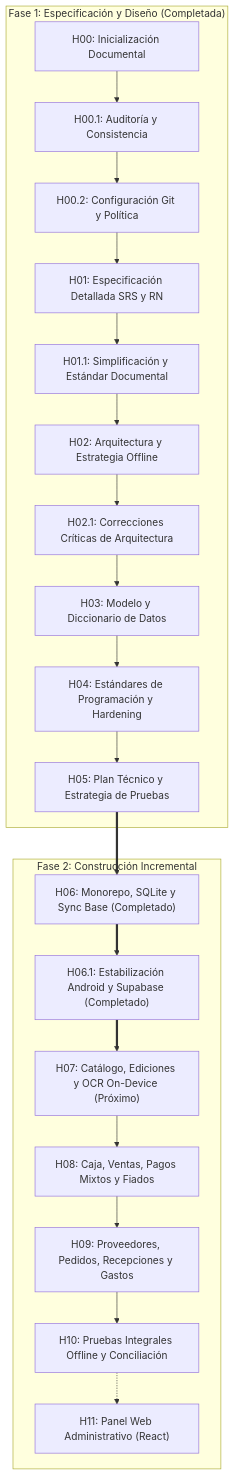
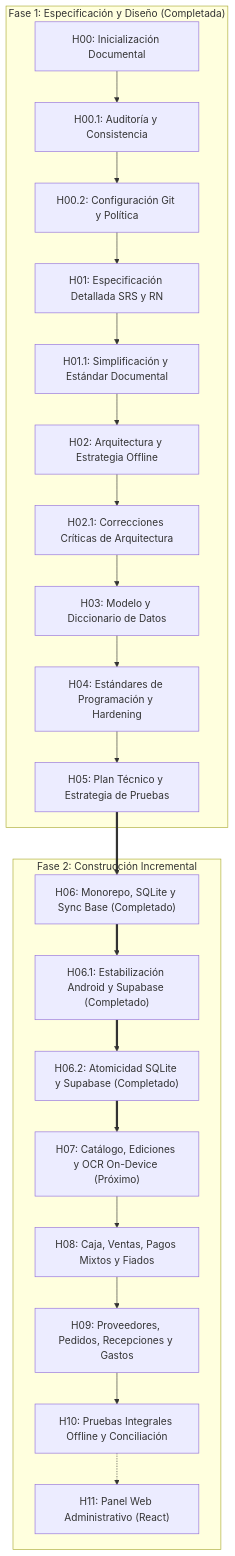
The diagram in docs/05-planificacion/PLAN_DESARROLLO.md (JMedina255/Proyecto_tienda), drawn with Mermaid before and after one commit. The commit also changed other lines of this file and 14 other files, not shown here.

Commit message:
fix(h06.2): atomicidad sqlite y preparacion supabase

````diff
--- a/docs/05-planificacion/PLAN_DESARROLLO.md
+++ b/docs/05-planificacion/PLAN_DESARROLLO.md
@@ -17,24 +17,25 @@
 ```mermaid
 flowchart TD
     subgraph Fase_Diseno["Fase 1: Especificación y Diseño (Completada)"]
         H00["H00: Inicialización Documental"] --> H00_1["H00.1: Auditoría y Consistencia"]
         H00_1 --> H00_2["H00.2: Configuración Git y Política"]
         H00_2 --> H01["H01: Especificación Detallada SRS y RN"]
         H01 --> H01_1["H01.1: Simplificación y Estándar Documental"]
         H01_1 --> H02["H02: Arquitectura y Estrategia Offline"]
         H02 --> H02_1["H02.1: Correcciones Críticas de Arquitectura"]
         H02_1 --> H03["H03: Modelo y Diccionario de Datos"]
         H03 --> H04["H04: Estándares de Programación y Hardening"]
         H04 --> H05["H05: Plan Técnico y Estrategia de Pruebas"]
     end
 
     subgraph Fase_Construccion["Fase 2: Construcción Incremental"]
         H05 ==> H06["H06: Monorepo, SQLite y Sync Base (Completado)"]
         H06 ==> H06_1["H06.1: Estabilización Android y Supabase (Completado)"]
-        H06_1 ==> H07["H07: Catálogo, Ediciones y OCR On-Device (Próximo)"]
+        H06_1 ==> H06_2["H06.2: Atomicidad SQLite y Supabase (Completado)"]
+        H06_2 ==> H07["H07: Catálogo, Ediciones y OCR On-Device (Próximo)"]
         H07 --> H08["H08: Caja, Ventas, Pagos Mixtos y Fiados"]
         H08 --> H09["H09: Proveedores, Pedidos, Recepciones y Gastos"]
         H09 --> H10["H10: Pruebas Integrales Offline y Conciliación"]
         H10 -.-> H11["H11: Panel Web Administrativo (React)"]
     end
 ```
````
